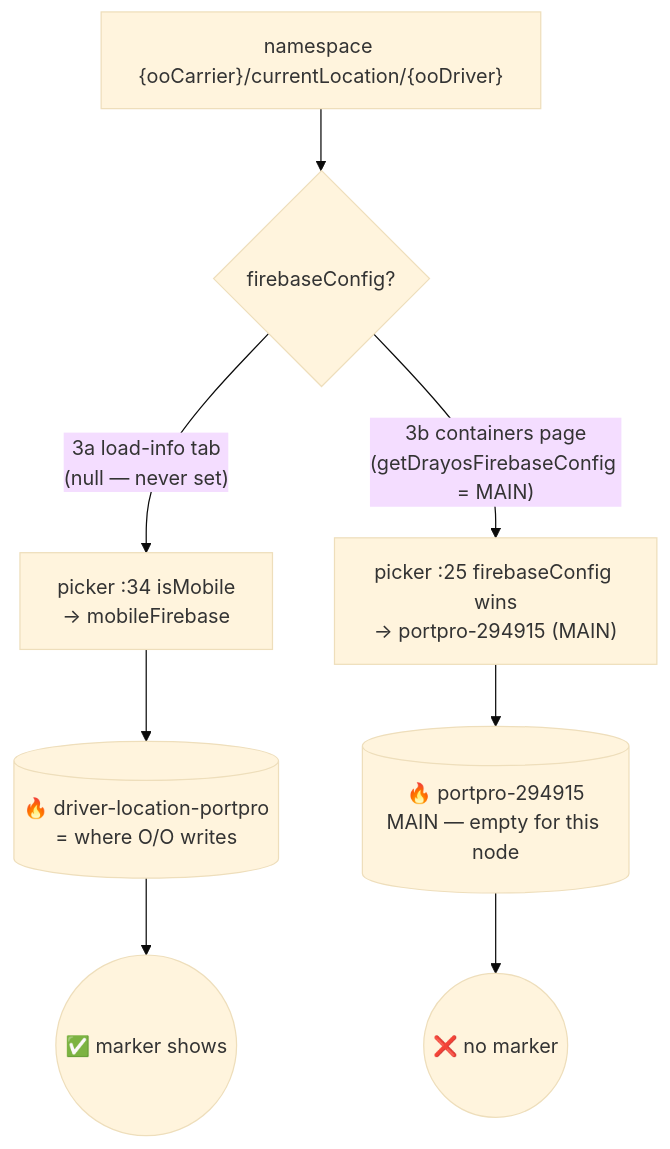
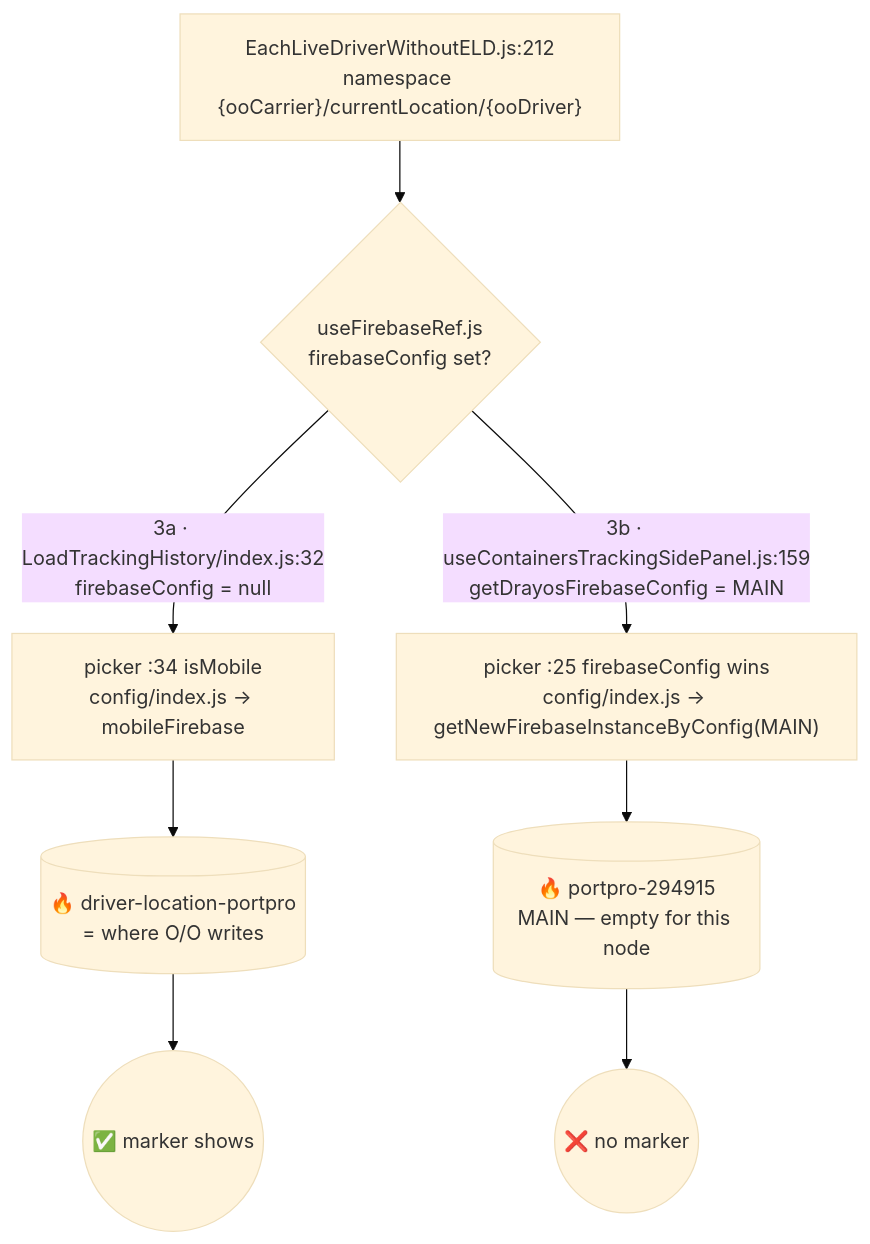
The third of 3 diagrams in raw/Live Tracking Architecture/03 - Flow 3 - Hybrid to OO Carrier.md (lamadev7/Obsidian-Vault), drawn with Mermaid (base theme) before and after one commit. The commit also changed 2 other files, not shown here.

Commit message:
Add internal module/file nodes to detailed diagrams (FE picker/config, tracking-api mw, BE modules)

````diff
--- a/raw/Live Tracking Architecture/03 - Flow 3 - Hybrid to OO Carrier.md
+++ b/raw/Live Tracking Architecture/03 - Flow 3 - Hybrid to OO Carrier.md
@@ -99,10 +99,10 @@
 ```mermaid
 flowchart TD
-  N["namespace {ooCarrier}/currentLocation/{ooDriver}"] --> Q{"firebaseConfig?"}
-  Q -->|"3a load-info tab<br/>(null — never set)"| A["picker :34 isMobile<br/>→ mobileFirebase"]
-  Q -->|"3b containers page<br/>(getDrayosFirebaseConfig = MAIN)"| B["picker :25 firebaseConfig wins<br/>→ portpro-294915 (MAIN)"]
+  N["EachLiveDriverWithoutELD.js:212<br/>namespace {ooCarrier}/currentLocation/{ooDriver}"] --> Q{"useFirebaseRef.js<br/>firebaseConfig set?"}
+  Q -->|"3a · LoadTrackingHistory/index.js:32<br/>firebaseConfig = null"| A["picker :34 isMobile<br/>config/index.js → mobileFirebase"]
+  Q -->|"3b · useContainersTrackingSidePanel.js:159<br/>getDrayosFirebaseConfig = MAIN"| B["picker :25 firebaseConfig wins<br/>config/index.js → getNewFirebaseInstanceByConfig(MAIN)"]
   A --> AR[("🔥 driver-location-portpro<br/>= where O/O writes")]
   B --> BR[("🔥 portpro-294915<br/>MAIN — empty for this node")]
   AR --> OK(("✅ marker shows"))
   BR --> BAD(("❌ no marker"))
 ```
````
